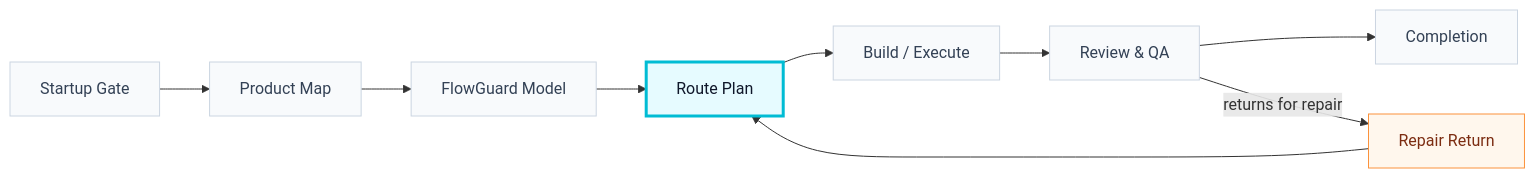
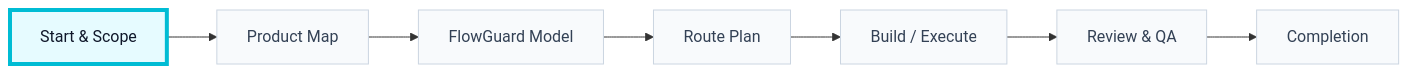
One commit to liuyingxuvka/FlowPilot changed the diagram in templates/flowpilot/diagrams/user-flow-diagram.template.mmd. Above: the diagram before and after it, drawn with Mermaid. The commit also changed 8 other files, not shown here.

Commit message:
Fix FlowPilot route sign active highlight

```diff
--- a/templates/flowpilot/diagrams/user-flow-diagram.template.mmd
+++ b/templates/flowpilot/diagrams/user-flow-diagram.template.mmd
@@ -1,26 +1,21 @@
 flowchart LR
   %% FlowPilot realtime route sign. This is the user-facing graph, not raw FlowGuard Mermaid.
-  startup["Startup Gate"]
+  startup["Start & Scope"]
   product["Product Map"]
   modeling["FlowGuard Model"]
   route["Route Plan"]
   execution["Build / Execute"]
   verification["Review & QA"]
   completion["Completion"]
-  repair["Repair Return"]
 
   startup --> product
   product --> modeling
   modeling --> route
   route --> execution
   execution --> verification
   verification --> completion
-  verification -- "returns for repair" --> repair
-  repair --> route
 
-  classDef active fill:#e6fbff,stroke:#00bcd4,stroke-width:3px,color:#0f172a;
+  classDef active fill:#e6fbff,stroke:#00bcd4,stroke-width:4px,color:#0f172a;
   classDef normal fill:#f8fafc,stroke:#cbd5e1,color:#334155;
-  classDef repair fill:#fff7ed,stroke:#fb923c,color:#7c2d12;
   class startup,product,modeling,route,execution,verification,completion normal;
-  class repair repair;
-  class route active;
+  class startup active;
```
